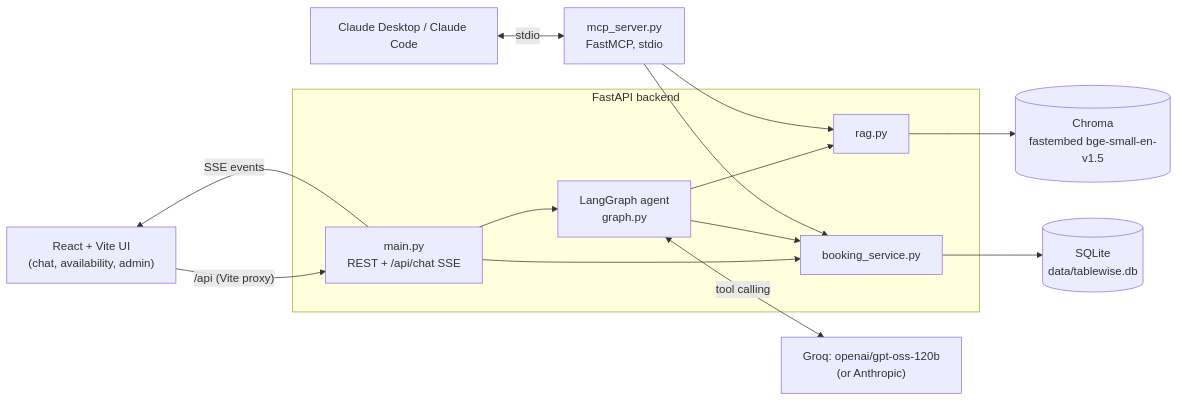
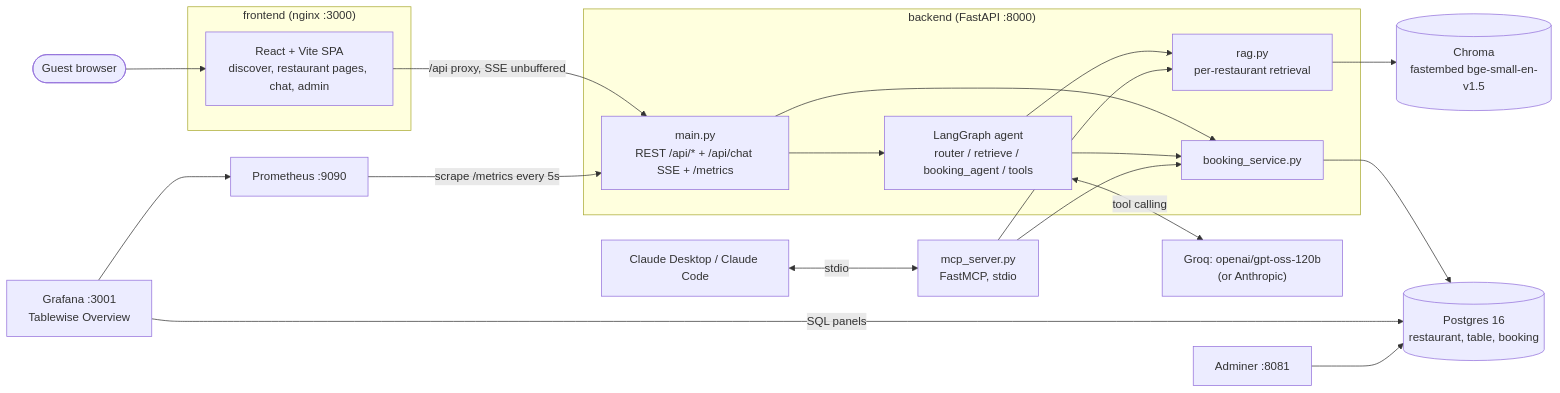
One commit to aryabailur/tablewise- changed the first of 2 diagrams in README.md. Above: the diagram before and after it, drawn with Mermaid. The commit also changed other lines of this file and 9 other files, not shown here.

Commit message:
TAB-45 feat(ops): docker compose stack with Postgres, Prometheus and Grafana dashboard

````diff
--- a/README.md
+++ b/README.md
@@ -35,22 +65,29 @@
 ```mermaid
 flowchart LR
-  UI["React + Vite UI<br/>(chat, availability, admin)"]
-  subgraph BE["FastAPI backend"]
-    API["main.py<br/>REST + /api/chat SSE"]
-    G["LangGraph agent<br/>graph.py"]
+  U(["Guest browser"])
+  subgraph FE["frontend (nginx :3000)"]
+    UI["React + Vite SPA<br/>discover, restaurant pages, chat, admin"]
+  end
+  subgraph BE["backend (FastAPI :8000)"]
+    API["main.py<br/>REST /api/* + /api/chat SSE + /metrics"]
+    G["LangGraph agent<br/>router / retrieve / booking_agent / tools"]
     BS["booking_service.py"]
-    RAG["rag.py"]
+    RAG["rag.py<br/>per-restaurant retrieval"]
   end
-  UI -->|"/api (Vite proxy)"| API
-  API -->|"SSE events"| UI
+  U --> UI
+  UI -->|"/api proxy, SSE unbuffered"| API
   API --> G
   API --> BS
   G --> RAG
   G --> BS
   G <-->|"tool calling"| LLM["Groq: openai/gpt-oss-120b<br/>(or Anthropic)"]
   RAG --> CH[("Chroma<br/>fastembed bge-small-en-v1.5")]
-  BS --> DB[("SQLite<br/>data/tablewise.db")]
+  BS --> PG[("Postgres 16<br/>restaurant, table, booking")]
   MCP["mcp_server.py<br/>FastMCP, stdio"] --> BS
   MCP --> RAG
   CD["Claude Desktop / Claude Code"] <-->|"stdio"| MCP
+  PR["Prometheus :9090"] -->|"scrape /metrics every 5s"| API
+  GF["Grafana :3001<br/>Tablewise Overview"] --> PR
+  GF -->|"SQL panels"| PG
+  AD["Adminer :8081"] --> PG
 ```
````
